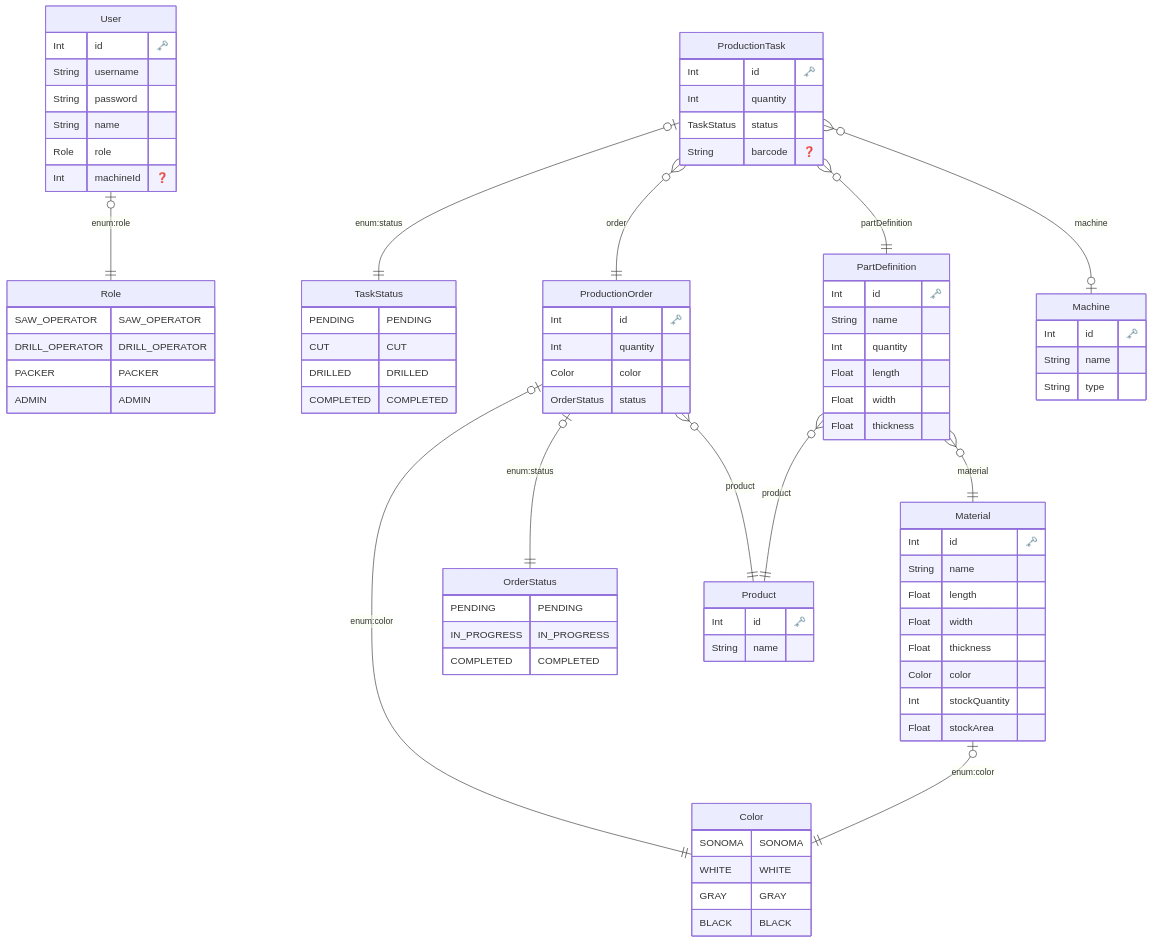
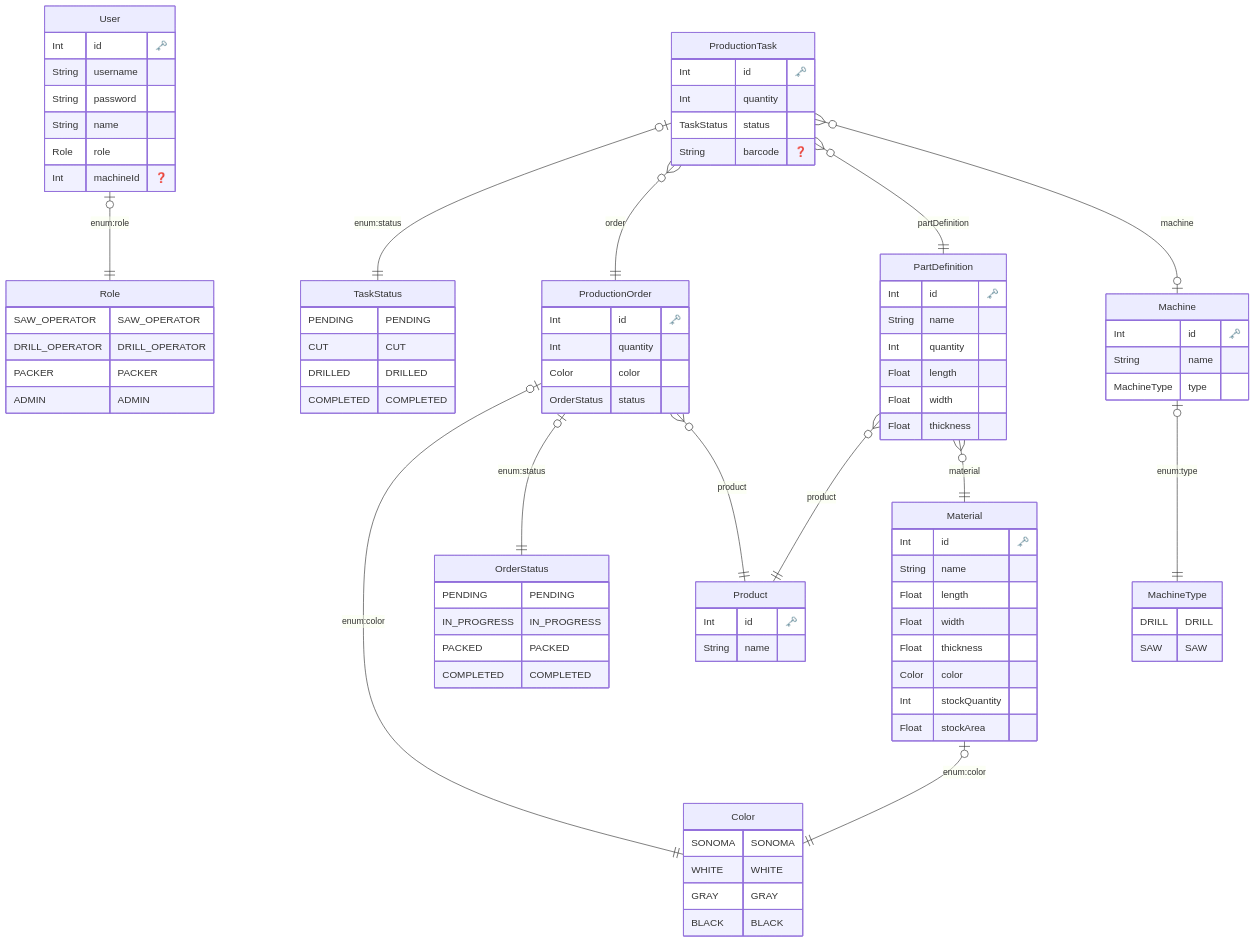
Before and after one commit to sdmati/carpenterERP: the diagram in prisma/ERD.md, drawn with Mermaid. The commit also changed 41 other files, not shown here.

```diff
--- a/prisma/ERD.md
+++ b/prisma/ERD.md
@@ -4,6 +4,7 @@
         OrderStatus {
             PENDING PENDING
 IN_PROGRESS IN_PROGRESS
+PACKED PACKED
 COMPLETED COMPLETED
         }
     
@@ -32,6 +33,13 @@
 DRILL_OPERATOR DRILL_OPERATOR
 PACKER PACKER
 ADMIN ADMIN
+        }
+    
+
+
+        MachineType {
+            DRILL DRILL
+SAW SAW
         }
     
   "Material" {
@@ -65,7 +73,7 @@
   "Machine" {
     Int id "🗝️"
     String name 
-    String type 
+    MachineType type 
     }
   
 
@@ -97,6 +105,7 @@
     "Material" |o--|| "Color" : "enum:color"
     "PartDefinition" }o--|| "Product" : "product"
     "PartDefinition" }o--|| "Material" : "material"
+    "Machine" |o--|| "MachineType" : "enum:type"
     "ProductionOrder" |o--|| "Color" : "enum:color"
     "ProductionOrder" |o--|| "OrderStatus" : "enum:status"
     "ProductionOrder" }o--|| "Product" : "product"
```
